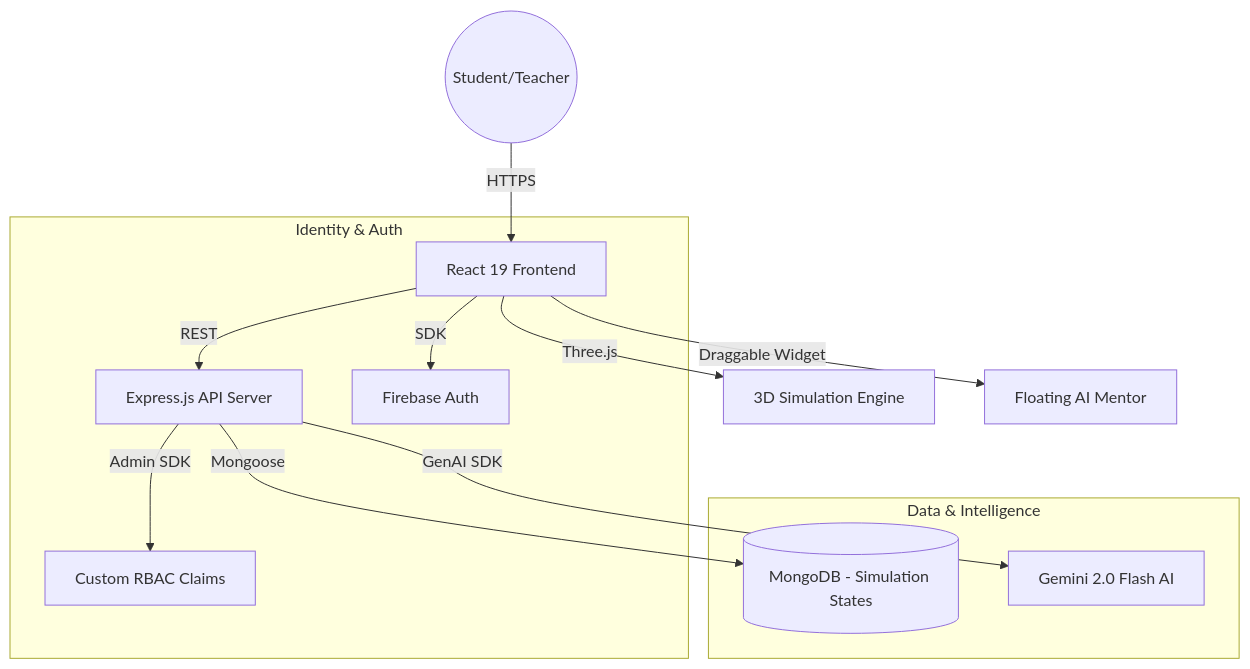
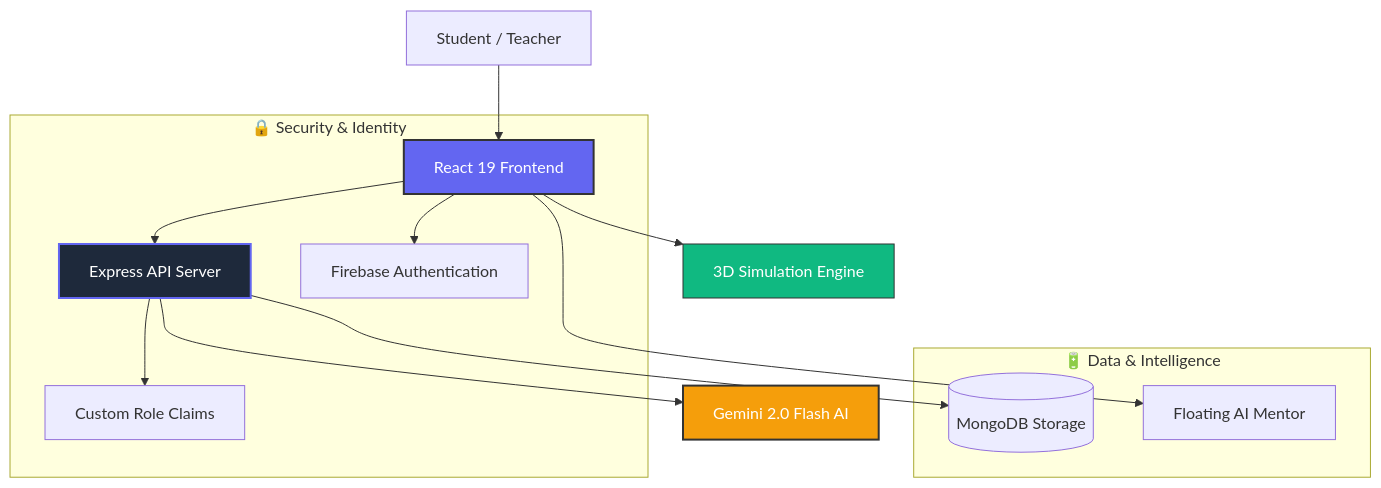
Before and after one commit to mahi-2-ron/vijnana_lab_ai: the diagram in README.md, drawn with Mermaid.

Commit message:
Fix Mermaid syntax in README.md

````diff
--- a/README.md
+++ b/README.md
@@ -33,18 +33,22 @@
 ```mermaid
 graph TD
-    User((Student/Teacher)) -->|HTTPS| Frontend[React 19 Frontend]
-    Frontend -->|Three.js| WebGL[3D Simulation Engine]
-    Frontend -->|REST| Backend[Express.js API Server]
+    User["Student / Teacher"] --> Frontend["React 19 Frontend"]
+    Frontend --> WebGL["3D Simulation Engine"]
+    Frontend --> Backend["Express API Server"]
+    Backend --> Gemini["Gemini 2.0 Flash AI"]
     
-    subgraph "Identity & Auth"
-    Frontend -->|SDK| Firebase_Auth[Firebase Auth]
-    Backend -->|Admin SDK| Firebase_Claims[Custom RBAC Claims]
+    subgraph Identity_Layer ["🔒 Security & Identity"]
+        Frontend --> Auth["Firebase Authentication"]
+        Backend --> RBAC["Custom Role Claims"]
     end
     
-    subgraph "Data & Intelligence"
-    Backend -->|Mongoose| MongoDB[(MongoDB - Simulation States)]
-    Backend -->|GenAI SDK| Gemini[Gemini 2.0 Flash AI]
+    subgraph Data_Layer ["🔋 Data & Intelligence"]
+        Backend --> MongoDB[("MongoDB Storage")]
+        Frontend --> AI_Tutor["Floating AI Mentor"]
     end
-    
-    Frontend -->|Draggable Widget| AI_Tutor[Floating AI Mentor]
+
+    style Frontend fill:#6366f1,stroke:#333,stroke-width:2px,color:#fff
+    style Backend fill:#1e293b,stroke:#6366f1,stroke-width:2px,color:#fff
+    style Gemini fill:#f59e0b,stroke:#333,stroke-width:2px,color:#fff
+    style WebGL fill:#10b981,stroke:#333,stroke-width:1px,color:#fff
 ```
````
